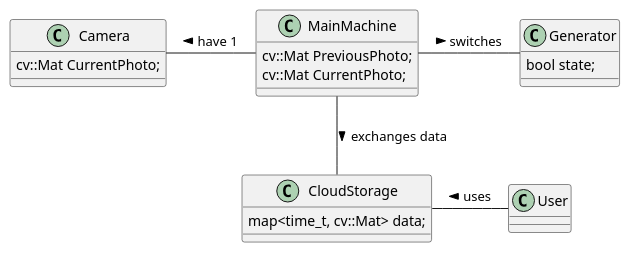
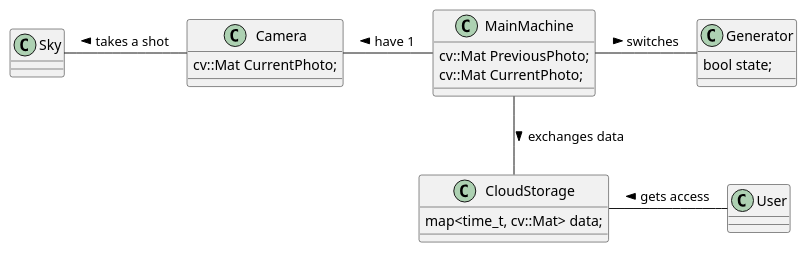
The diagram in Project/doc/conceptual.pu (fanglores/-), drawn with PlantUML before and after one commit.

```diff
--- a/Project/doc/conceptual.pu
+++ b/Project/doc/conceptual.pu
@@ -1,28 +1,31 @@
 @startuml
+class Sky
+
 class Camera
 {
    cv::Mat CurrentPhoto;
 }
 
 class MainMachine
 {
    cv::Mat PreviousPhoto;
    cv::Mat CurrentPhoto;
 }
 
 class Generator
 {
    bool state;
 }
 
 class CloudStorage
 {
   map<time_t, cv::Mat> data;
 }
 
+Sky - Camera : takes a shot <
 Camera - MainMachine : have 1 <
 MainMachine - Generator : switches >
 MainMachine -- CloudStorage : exchanges data >
-CloudStorage - User: uses <
+CloudStorage - User: gets access <
 
 @enduml
```
